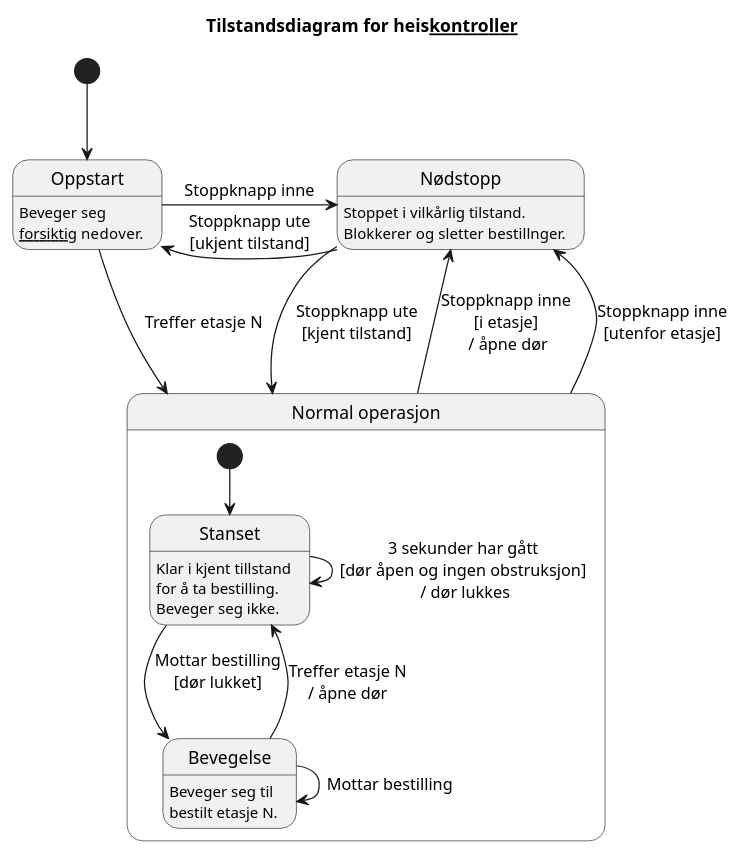
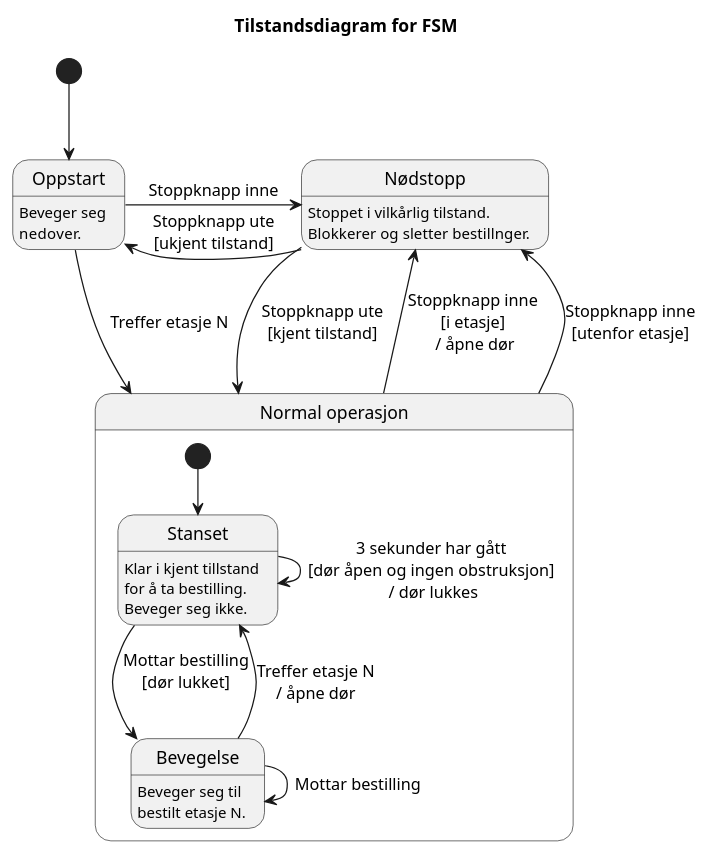
Before and after one commit to Paulijuz/heisinator: the diagram in docs/state_diagram.puml, drawn with PlantUML. The commit also changed 14 other files, not shown here.

Commit message:
docs: more diagrams!

```diff
--- a/docs/state_diagram.puml
+++ b/docs/state_diagram.puml
@@ -1,52 +1,52 @@
 @startuml heis_tilstandsdiagram
-title "Tilstandsdiagram for heis__kontroller__"
+title "Tilstandsdiagram for FSM"
 
 state "Normal operasjon" as normal
 state "Oppstart" as oppstart
 state "Nødstopp" as stoppet
 'state "Oppstarts nødstopp" as oppstart_stoppet
 'state "Forvirret" as forvirret
 
 state normal {
 state "Bevegelse" as bevegelse
 state "Stanset" as stanset 
 'state "Betjening" as betjening
 
   [*] --> stanset
 
   stanset --> bevegelse: Mottar bestilling\n[dør lukket]\n
 'stanset --> stoppet: Stoppknapp trykkes
   stanset --> stanset: 3 sekunder har gått\n[dør åpen og ingen obstruksjon]\n / dør lukkes
   stanset: Klar i kjent tillstand\nfor å ta bestilling.
   stanset: Beveger seg ikke.
   
   bevegelse --> bevegelse: Mottar bestilling
 'bevegelse --> stoppet: Stoppknapp trykkes
   bevegelse -up-> stanset: Treffer etasje N\n/ åpne dør
 'bevegelse -up-> betjening: Treffer\netasje N
   bevegelse: Beveger seg til\nbestilt etasje N.
 
 'betjening -left-> klar: 3 sekunder har gått\nog ingen obstruksjon
 'betjening: Betjener etasje N.
 'betjening: Døren er åpen.
   
   normal --> stoppet: Stoppknapp inne\n[i etasje]\n / åpne dør
   normal -left-> stoppet: Stoppknapp inne\n[utenfor etasje]
 'normal --> forvirret: Treffer\nuforventet\netasje
 }
 
 [*] -down-> oppstart
 
 oppstart -down-> normal: Treffer etasje N
 oppstart -right-> stoppet: Stoppknapp inne
-oppstart: Beveger seg\n__forsiktig__ nedover.
+oppstart: Beveger seg\nnedover.
 
 'oppstart_stoppet -left-> oppstart: Stoppknapp\nslippes
 'oppstart_stoppet: Stoppet i ukjent tilstand.
 
 stoppet --> normal: Stoppknapp ute\n[kjent tilstand]
 stoppet -left-> oppstart: Stoppknapp ute\n[ukjent tilstand]
 stoppet: Stoppet i vilkårlig tilstand.
 stoppet: Blokkerer og sletter bestillnger.
 
 @enduml
```
